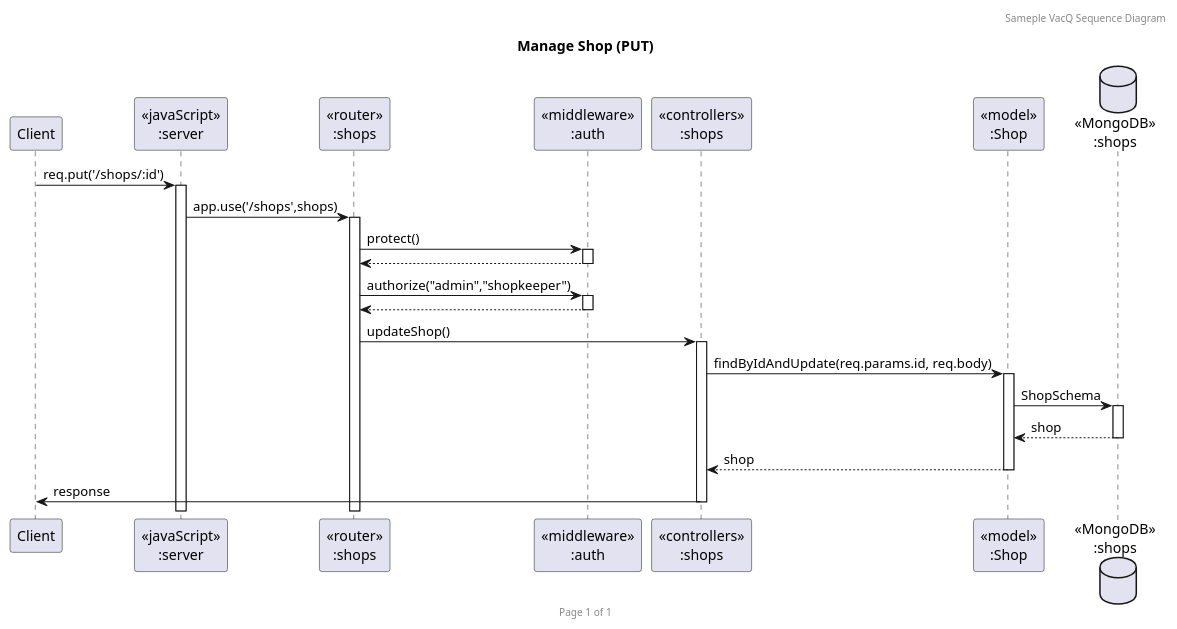
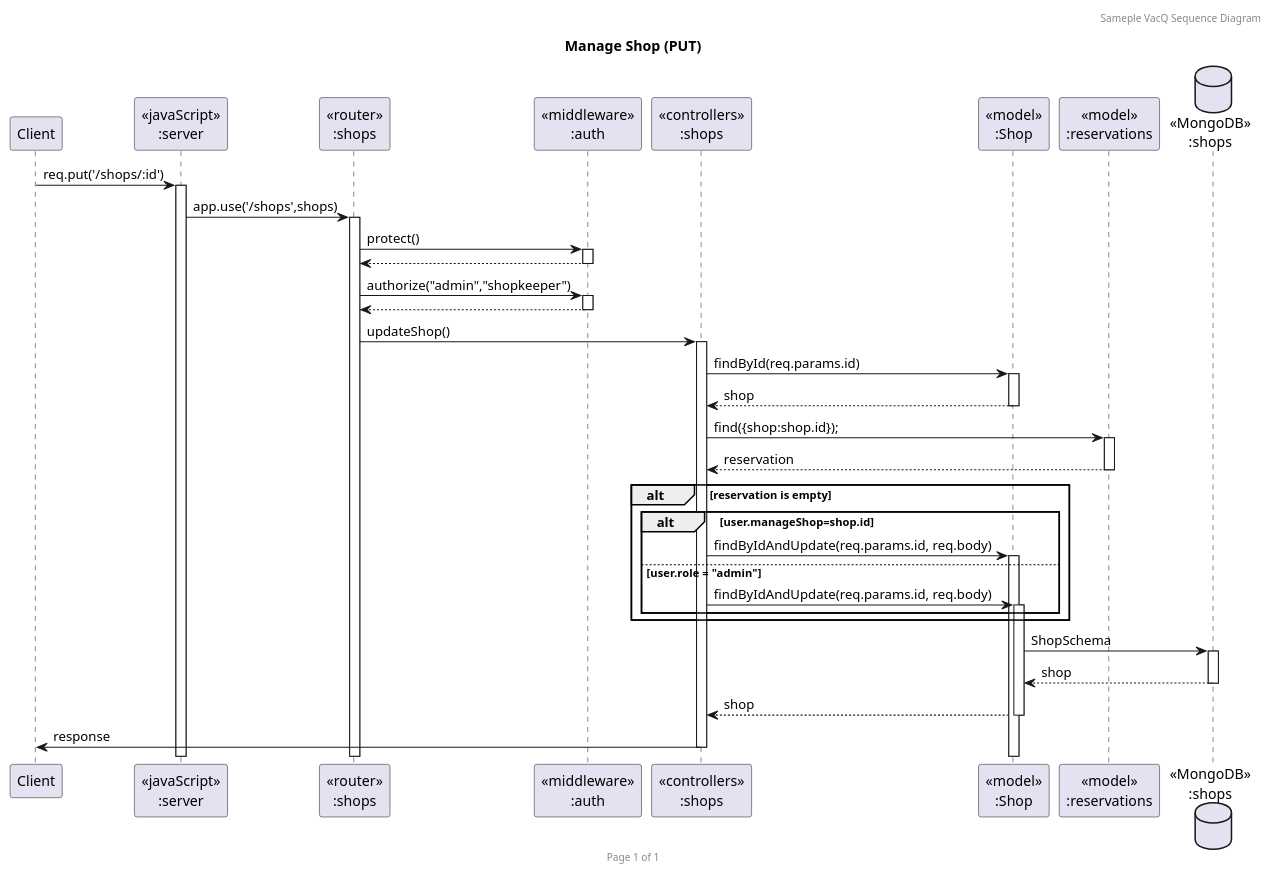
Before and after one commit to 2110503TACEDT66/presentation-day-1-choichoi: the diagram in diagram/putShop.puml, drawn with PlantUML.

Commit message:
fix updateShop sequence diagram

```diff
--- a/diagram/putShop.puml
+++ b/diagram/putShop.puml
@@ -1,28 +1,39 @@
 @startuml Manage Shop (PUT)
 
 header Sameple VacQ Sequence Diagram
 footer Page %page% of %lastpage%
 title "Manage Shop (PUT)"
 
 participant "Client" as client
 participant "<<javaScript>>\n:server" as server
 participant "<<router>>\n:shops" as routerShops
 participant "<<middleware>>\n:auth" as middleware
 participant "<<controllers>>\n:shops" as controllersShops
 participant "<<model>>\n:Shop" as modelShop
+participant "<<model>>\n:reservations" as modelReservation
 database "<<MongoDB>>\n:shops" as ShopsDatabase
 
 client->server ++:req.put('/shops/:id')
 server->routerShops ++:app.use('/shops',shops)
 routerShops->middleware ++:protect()
 return
 routerShops->middleware ++:authorize("admin","shopkeeper")
 return
 routerShops -> controllersShops ++:updateShop()
-controllersShops->modelShop ++:findByIdAndUpdate(req.params.id, req.body)
+controllersShops->modelShop ++:findById(req.params.id)
+controllersShops <-- modelShop --:shop
+controllersShops->modelReservation ++:find({shop:shop.id});
+controllersShops <-- modelReservation --:reservation
+alt reservation is empty
+    alt user.manageShop=shop.id
+        controllersShops->modelShop ++:findByIdAndUpdate(req.params.id, req.body)
+    else user.role = "admin"
+        controllersShops->modelShop ++:findByIdAndUpdate(req.params.id, req.body)
+    end
+end
 modelShop ->ShopsDatabase ++: ShopSchema
 ShopsDatabase --> modelShop --: shop
 controllersShops <-- modelShop --:shop
 controllersShops->client --:response
 
 @enduml
```
